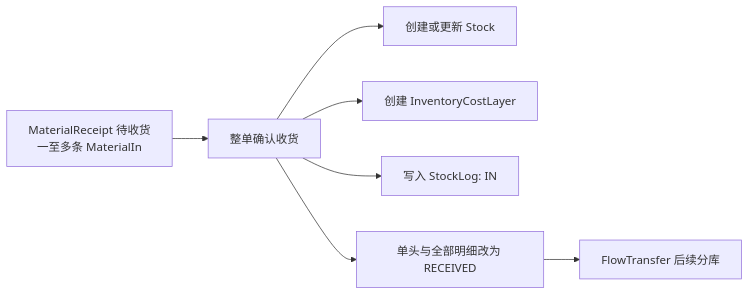
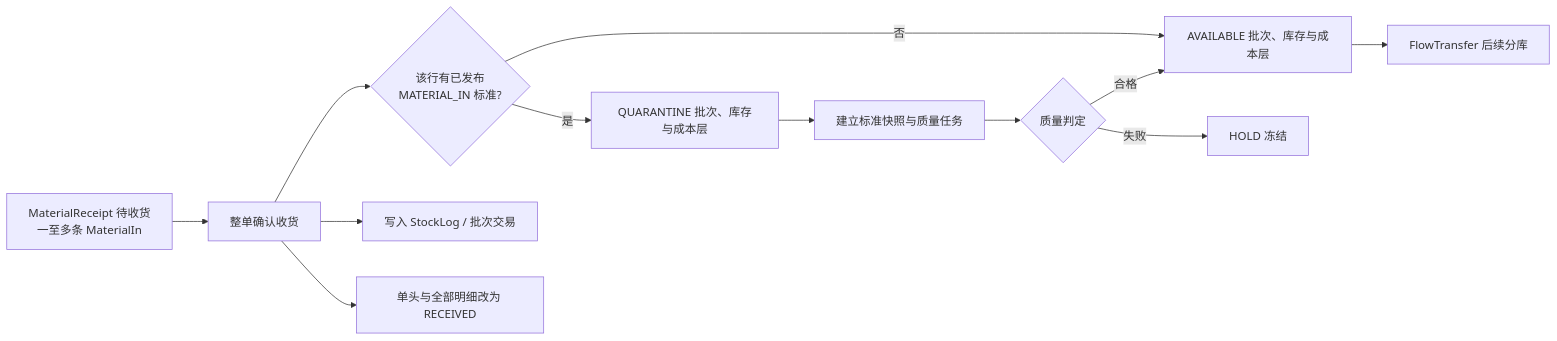
The fourth of 7 diagrams in docs/minierp/当前系统建模与结构审查.md (goldf2/mes-lite), drawn with Mermaid before and after one commit. The commit also changed other lines of this file and 230 other files, not shown here.

````diff
--- a/docs/minierp/当前系统建模与结构审查.md
+++ b/docs/minierp/当前系统建模与结构审查.md
@@ -456,9 +462,14 @@
 ```mermaid
 flowchart LR
   A["MaterialReceipt 待收货<br/>一至多条 MaterialIn"] --> B["整单确认收货"]
-  B --> C["创建或更新 Stock"]
-  B --> D["创建 InventoryCostLayer"]
-  B --> E["写入 StockLog: IN"]
-  B --> F["单头与全部明细改为 RECEIVED"]
-  F --> G["FlowTransfer 后续分库"]
+  B --> C{"该行有已发布<br/>MATERIAL_IN 标准?"}
+  C -->|否| D["AVAILABLE 批次、库存与成本层"]
+  C -->|是| E["QUARANTINE 批次、库存与成本层"]
+  E --> F["建立标准快照与质量任务"]
+  F --> G{"质量判定"}
+  G -->|合格| D
+  G -->|失败| H["HOLD 冻结"]
+  D --> I["FlowTransfer 后续分库"]
+  B --> J["写入 StockLog / 批次交易"]
+  B --> K["单头与全部明细改为 RECEIVED"]
 ```
````
